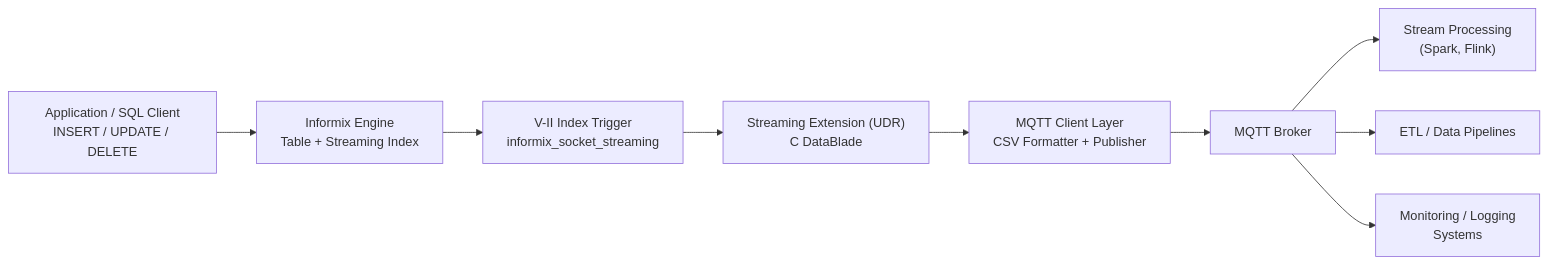
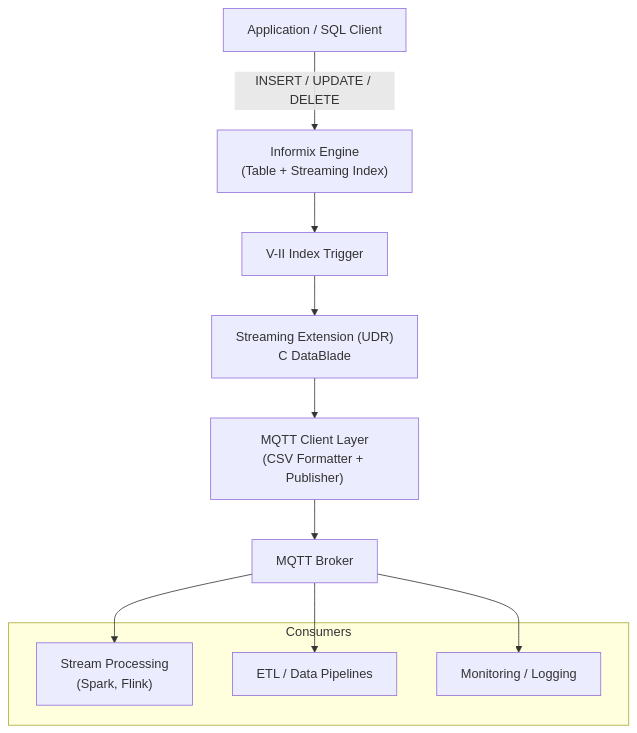
One commit to vsalvador/InformixSparkStreaming changed the diagram in README.md. Above: the diagram before and after it, drawn with Mermaid. The commit also changed other lines of this file, not shown here.

Commit message:
Refine README flowchart

````diff
--- a/README.md
+++ b/README.md
@@ -131,21 +131,24 @@
 ```mermaid
-flowchart LR
-    A["Application / SQL Client\nINSERT / UPDATE / DELETE"]
-    B["Informix Engine\nTable + Streaming Index"]
-    C["V-II Index Trigger\ninformix_socket_streaming"]
+flowchart TD
+    A["Application / SQL Client"]
+    B["Informix Engine\n(Table + Streaming Index)"]
+    C["V-II Index Trigger"]
     D["Streaming Extension (UDR)\nC DataBlade"]
-    E["MQTT Client Layer\nCSV Formatter + Publisher"]
+    E["MQTT Client Layer\n(CSV Formatter + Publisher)"]
     F["MQTT Broker"]
-    G1["Stream Processing\n(Spark, Flink)"]
-    G2["ETL / Data Pipelines"]
-    G3["Monitoring / Logging\nSystems"]
 
-    A --> B
+    subgraph Consumers
+        G1["Stream Processing\n(Spark, Flink)"]
+        G2["ETL / Data Pipelines"]
+        G3["Monitoring / Logging"]
+    end
+
+    A -->|INSERT / UPDATE / DELETE| B
     B --> C
     C --> D
     D --> E
     E --> F
     F --> G1
     F --> G2
     F --> G3
 ```
````
